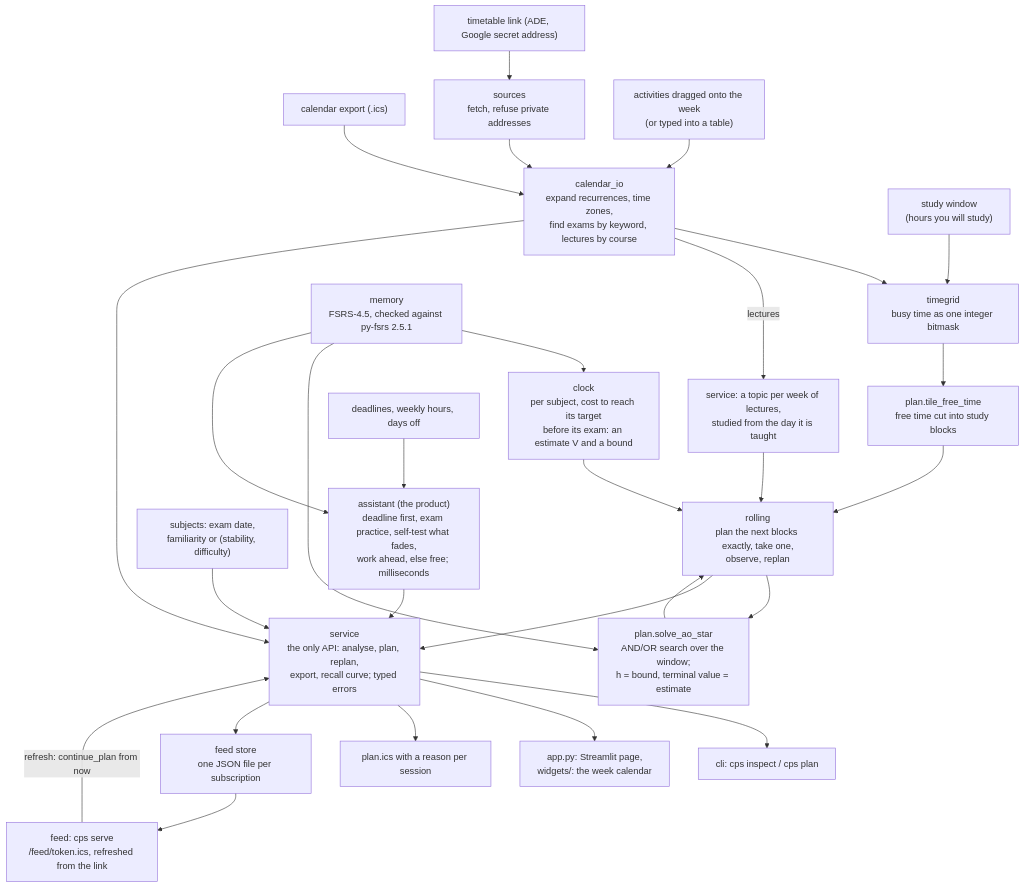
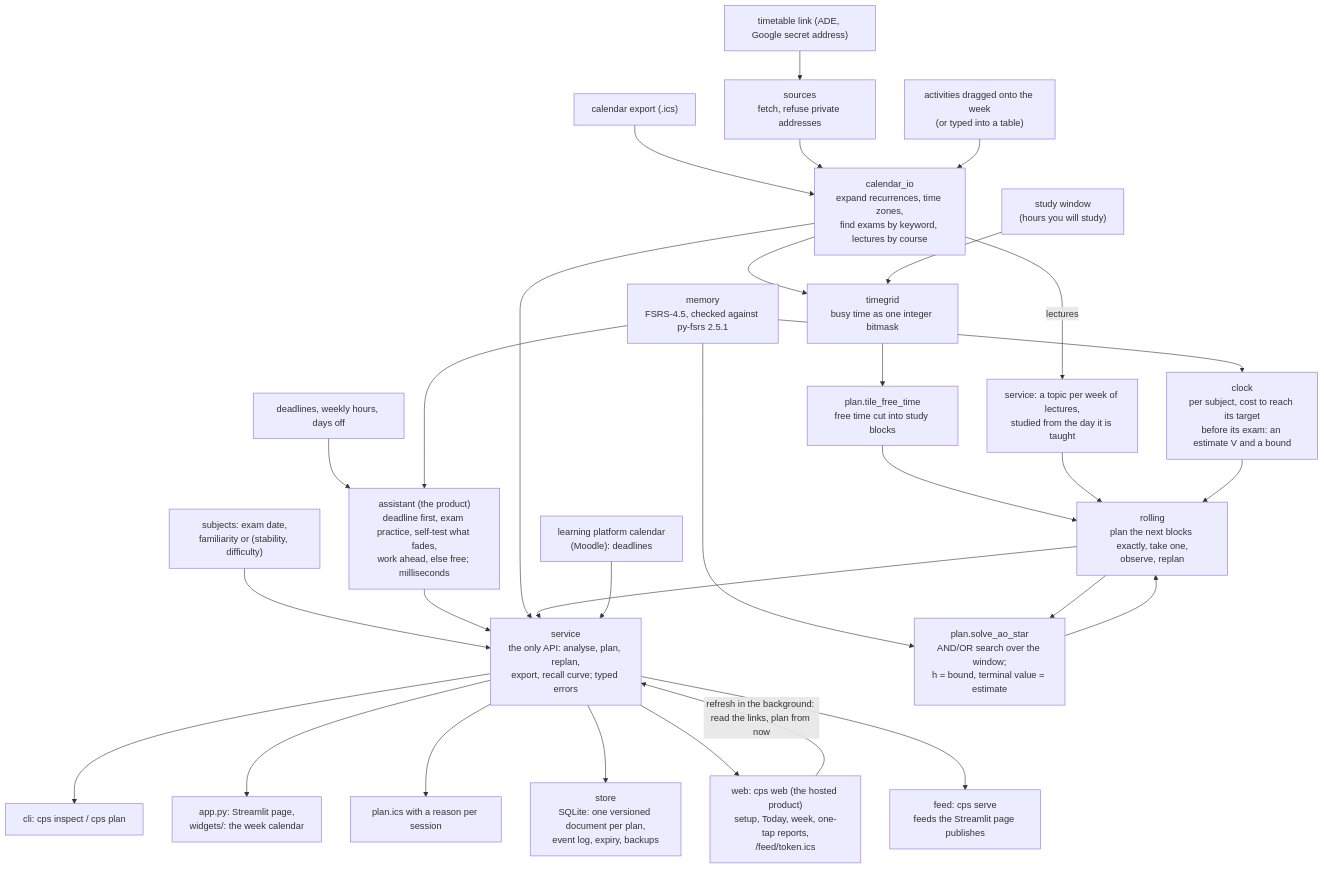
The diagram in docs/ARCHITECTURE.md (emanuelefrancescorestivo/Constrained-Path-Scheduler), drawn with Mermaid before and after one commit. The commit also changed other lines of this file and 9 other files, not shown here.

First line of the commit message:
Route the web app through service; documents for the hosted product

````diff
--- a/docs/ARCHITECTURE.md
+++ b/docs/ARCHITECTURE.md
@@ -6,34 +6,36 @@
 ```mermaid
 flowchart TD
     ICS["calendar export (.ics)"] --> CIO
     LINK["timetable link (ADE, Google secret address)"] --> SRC["sources<br/>fetch, refuse private addresses"]
     SRC --> CIO
     ROWS["activities dragged onto the week<br/>(or typed into a table)"] --> CIO
     CIO["calendar_io<br/>expand recurrences, time zones,<br/>find exams by keyword, lectures by course"] --> GRID
     WIN["study window<br/>(hours you will study)"] --> GRID
     GRID["timegrid<br/>busy time as one integer bitmask"] --> TILE
     TILE["plan.tile_free_time<br/>free time cut into study blocks"] --> ROLL
 
     SPEC["subjects: exam date,<br/>familiarity or (stability, difficulty)"] --> SVC
     CIO -- "lectures" --> TOPICS["service: a topic per week of lectures,<br/>studied from the day it is taught"]
     TOPICS --> ROLL
     MEM["memory<br/>FSRS-4.5, checked against py-fsrs 2.5.1"] --> CLOCK
     MEM --> AOSTAR
 
     TASKS["deadlines, weekly hours, days off"] --> ASSIST
     ASSIST["assistant (the product)<br/>deadline first, exam practice, self-test what fades,<br/>work ahead, else free; milliseconds"] --> SVC
     MEM --> ASSIST
     CLOCK["clock<br/>per subject, cost to reach its target<br/>before its exam: an estimate V and a bound"] --> ROLL
     ROLL["rolling<br/>plan the next blocks exactly, take one,<br/>observe, replan"] --> AOSTAR
     AOSTAR["plan.solve_ao_star<br/>AND/OR search over the window;<br/>h = bound, terminal value = estimate"] --> ROLL
 
     SVC["service<br/>the only API: analyse, plan, replan,<br/>export, recall curve; typed errors"]
     CIO --> SVC
     ROLL --> SVC
     SVC --> CLI["cli: cps inspect / cps plan"]
     SVC --> APP["app.py: Streamlit page,<br/>widgets/: the week calendar"]
     SVC --> OUT["plan.ics with a reason per session"]
-    SVC --> STORE["feed store<br/>one JSON file per subscription"]
-    STORE --> FEED["feed: cps serve<br/>/feed/token.ics, refreshed from the link"]
-    FEED -- "refresh: continue_plan from now" --> SVC
+    SVC --> STORE["store<br/>SQLite: one versioned document per plan,<br/>event log, expiry, backups"]
+    SVC --> WEB["web: cps web (the hosted product)<br/>setup, Today, week, one-tap reports,<br/>/feed/token.ics"]
+    SVC --> FEED["feed: cps serve<br/>feeds the Streamlit page publishes"]
+    MOODLE["learning platform calendar<br/>(Moodle): deadlines"] --> SVC
+    WEB -- "refresh in the background: read the links, plan from now" --> SVC
 ```
````
